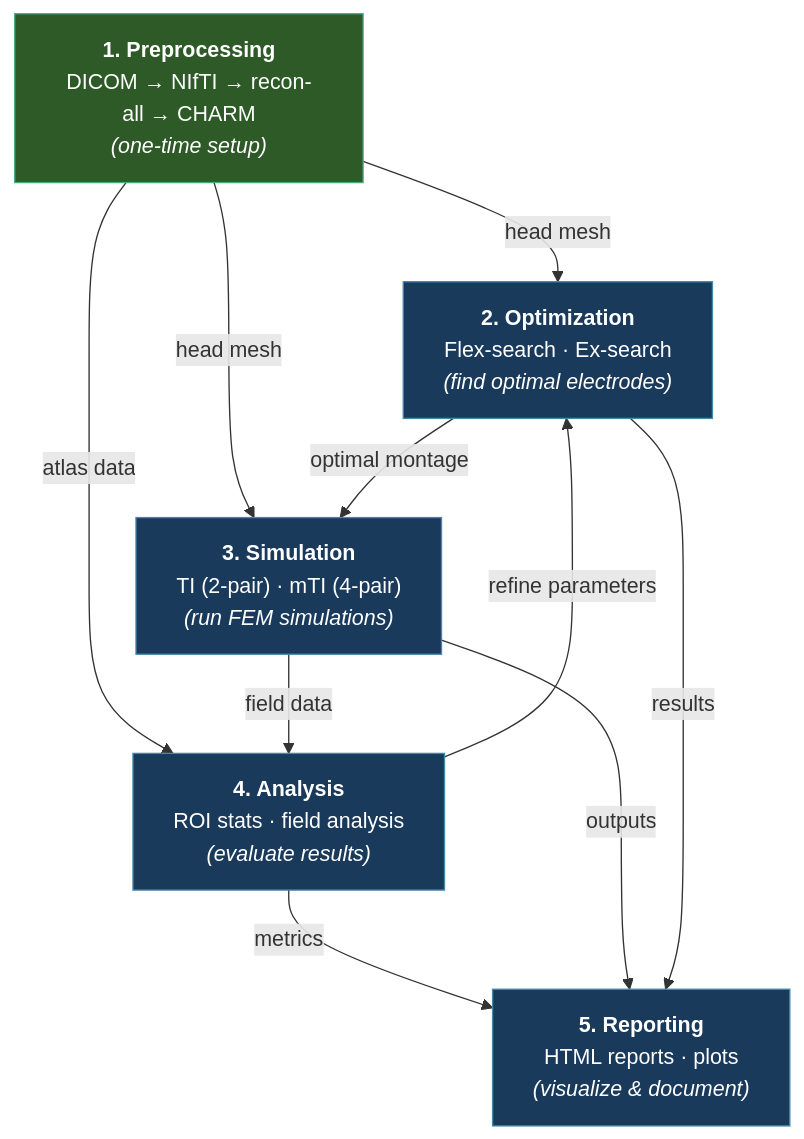
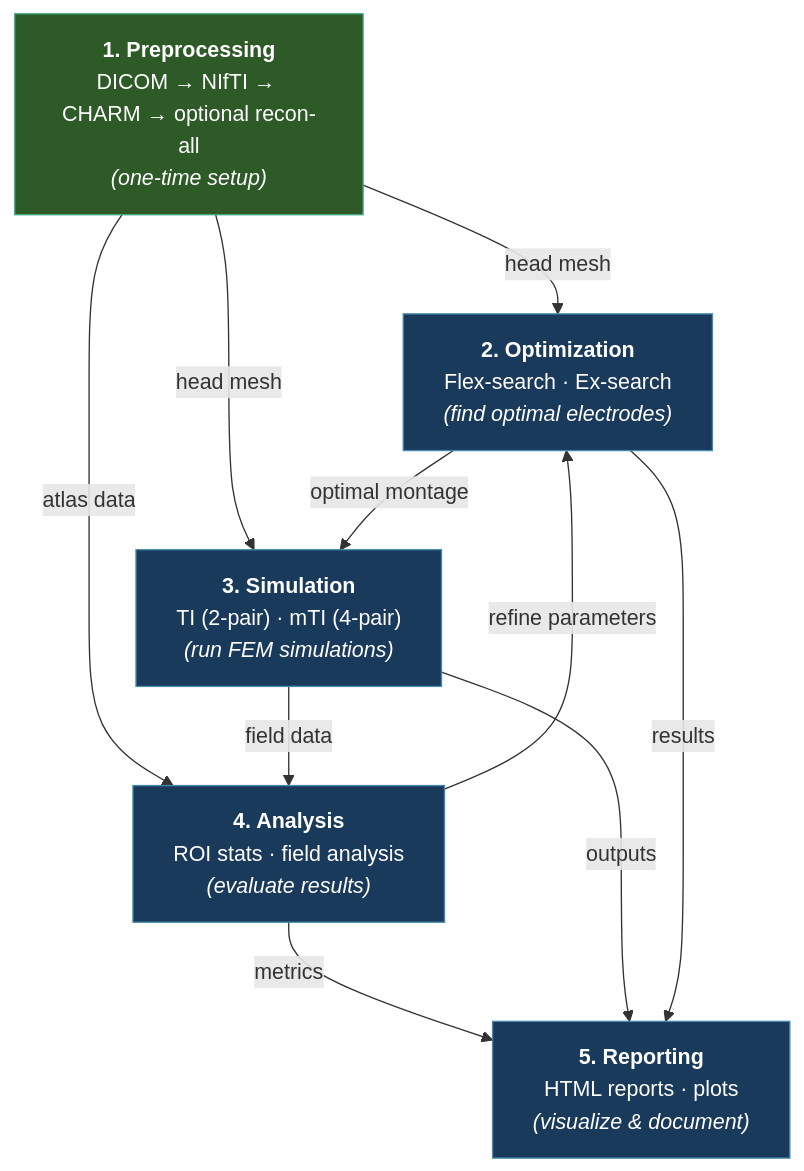
Before and after one commit to idossha/TI-Toolbox: the diagram in docs/api_mkdocs/docs/index.md, drawn with Mermaid. The commit also changed other lines of this file and 23 other files, not shown here.

````diff
--- a/docs/api_mkdocs/docs/index.md
+++ b/docs/api_mkdocs/docs/index.md
@@ -9,38 +9,38 @@
 ```mermaid
 graph TD
     PRE["`**1. Preprocessing**
-    DICOM → NIfTI → recon-all → CHARM
+    DICOM → NIfTI → CHARM → optional recon-all
     *(one-time setup)*`"]
 
     OPT["`**2. Optimization**
     Flex-search · Ex-search
     *(find optimal electrodes)*`"]
 
     SIM["`**3. Simulation**
     TI (2-pair) · mTI (4-pair)
     *(run FEM simulations)*`"]
 
     ANA["`**4. Analysis**
     ROI stats · field analysis
     *(evaluate results)*`"]
 
     REP["`**5. Reporting**
     HTML reports · plots
     *(visualize & document)*`"]
 
     PRE -->|head mesh| OPT
     PRE -->|head mesh| SIM
     PRE -->|atlas data| ANA
     OPT -->|optimal montage| SIM
     SIM -->|field data| ANA
     ANA -->|metrics| REP
     ANA -->|refine parameters| OPT
     SIM -->|outputs| REP
     OPT -->|results| REP
 
     style PRE fill:#2d5a27,stroke:#4a8,color:#fff
     style OPT fill:#1a3a5c,stroke:#48a,color:#fff
     style SIM fill:#1a3a5c,stroke:#48a,color:#fff
     style ANA fill:#1a3a5c,stroke:#48a,color:#fff
     style REP fill:#1a3a5c,stroke:#48a,color:#fff
 ```
````
